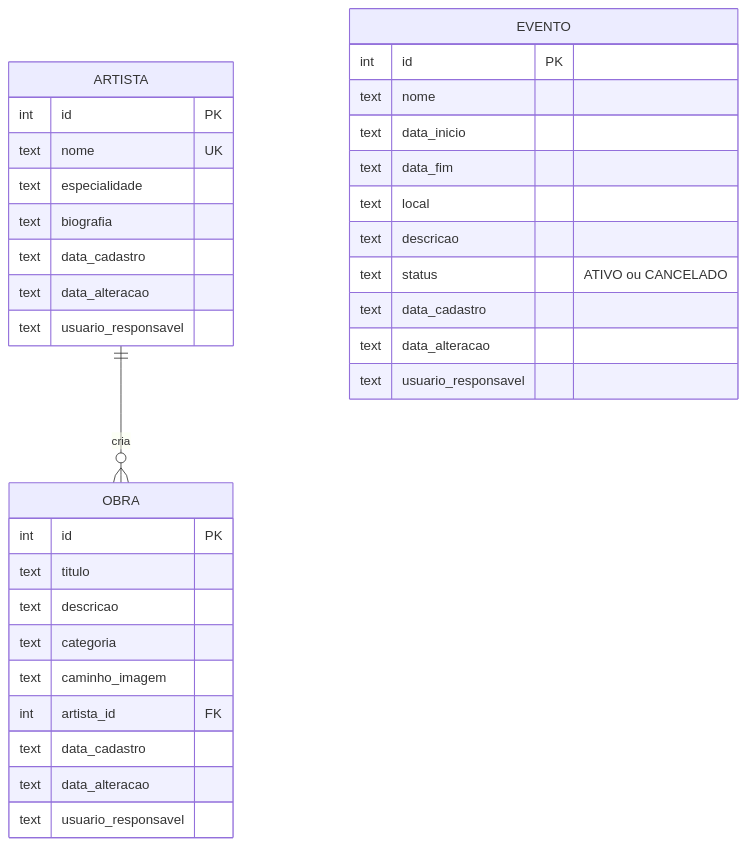
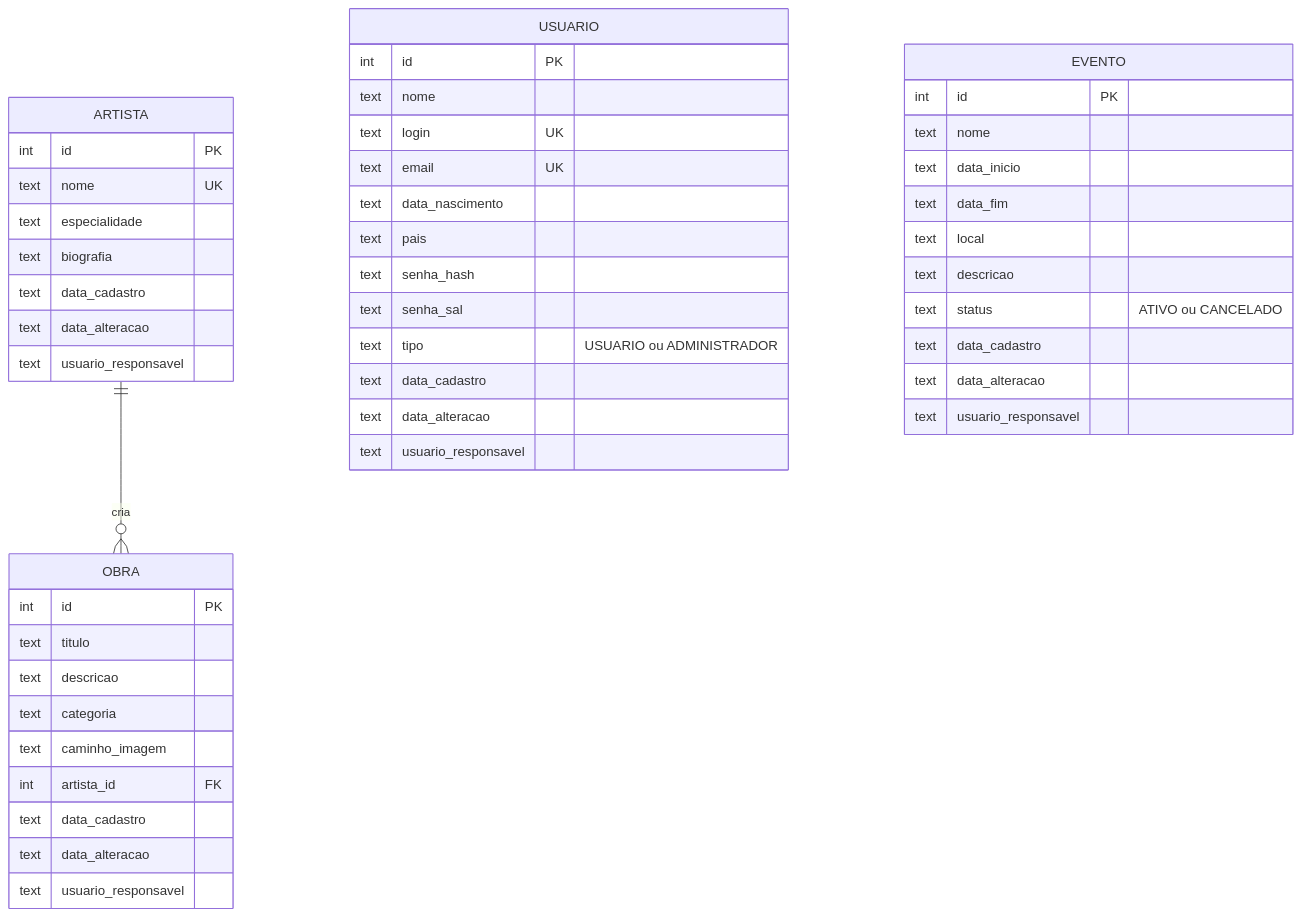
One commit to yasmin170ri/noirfelino changed the second of 2 diagrams in README.md. Above: the diagram before and after it, drawn with Mermaid. The commit also changed other lines of this file and 10 other files, not shown here.

````diff
--- a/README.md
+++ b/README.md
@@ -125,36 +134,50 @@
 ```mermaid
 erDiagram
     ARTISTA ||--o{ OBRA : "cria"
     ARTISTA {
         int id PK
         text nome UK
         text especialidade
         text biografia
         text data_cadastro
         text data_alteracao
         text usuario_responsavel
     }
     OBRA {
         int id PK
         text titulo
         text descricao
         text categoria
         text caminho_imagem
         int artista_id FK
         text data_cadastro
         text data_alteracao
         text usuario_responsavel
     }
+    USUARIO {
+        int id PK
+        text nome
+        text login UK
+        text email UK
+        text data_nascimento
+        text pais
+        text senha_hash
+        text senha_sal
+        text tipo "USUARIO ou ADMINISTRADOR"
+        text data_cadastro
+        text data_alteracao
+        text usuario_responsavel
+    }
     EVENTO {
         int id PK
         text nome
         text data_inicio
         text data_fim
         text local
         text descricao
         text status "ATIVO ou CANCELADO"
         text data_cadastro
         text data_alteracao
         text usuario_responsavel
     }
 ```
````
